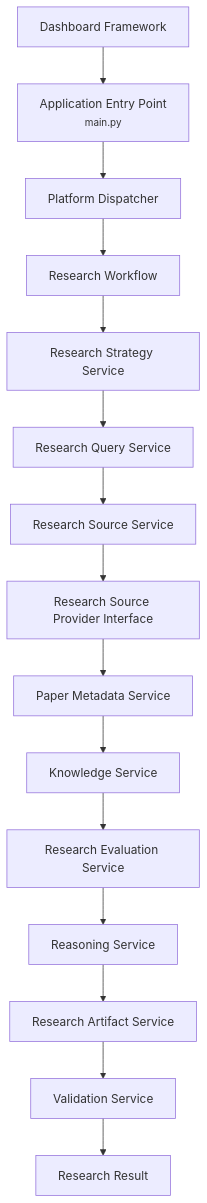
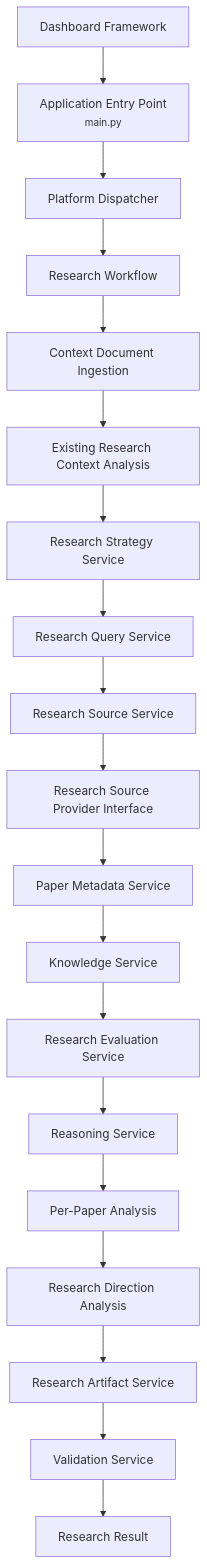
The diagram in docs/agents/research/Research_Agent_Architecture.md (pgailinas/project0), drawn with Mermaid before and after one commit. The commit also changed other lines of this file and 11 other files, not shown here.

````diff
--- a/docs/agents/research/Research_Agent_Architecture.md
+++ b/docs/agents/research/Research_Agent_Architecture.md
@@ -75,36 +77,44 @@
 ``` mermaid
 flowchart TD
     UI["Dashboard Framework"]
     A["Application Entry Point<br/><small>main.py</small>"]
     B["Platform Dispatcher"]
     C["Research Workflow"]
 
+    X["Context Document Ingestion"]
+    Y["Existing Research Context Analysis"]
     D["Research Strategy Service"]
     Q["Research Query Service"]
     E["Research Source Service"]
     P["Research Source Provider Interface"]
     F["Paper Metadata Service"]
     G["Knowledge Service"]
     H["Research Evaluation Service"]
     I["Reasoning Service"]
+    M["Per-Paper Analysis"]
+    N["Research Direction Analysis"]
     J["Research Artifact Service"]
     K["Validation Service"]
 
     L["Research Result"]
 
     UI --> A
     A --> B
     B --> C
 
-    C --> D
+    C --> X
+    X --> Y
+    Y --> D
     D --> Q
     Q --> E
     E --> P
     P --> F
     F --> G
     G --> H
     H --> I
-    I --> J
+    I --> M
+    M --> N
+    N --> J
     J --> K
     K --> L
 ```
````
